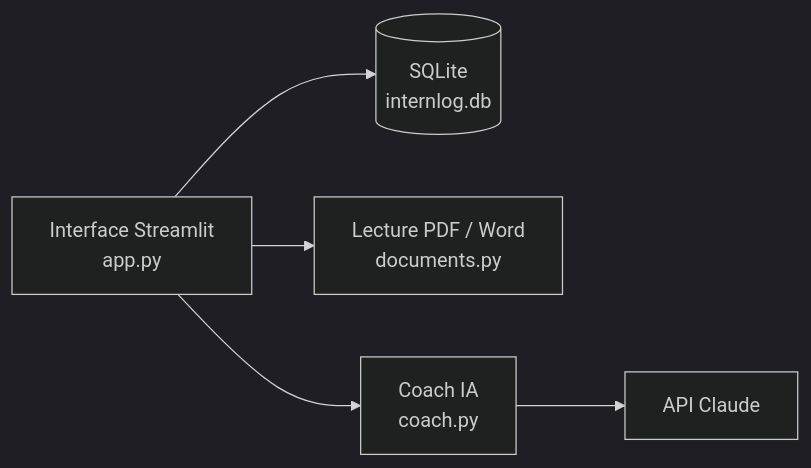
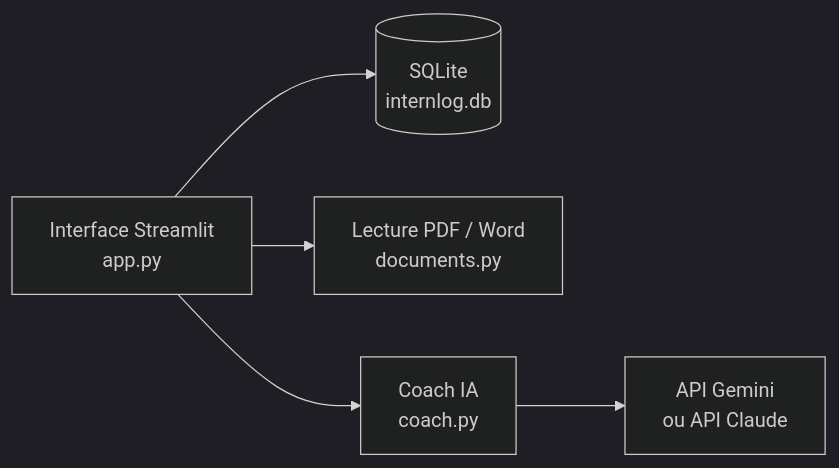
Before and after one commit to diankha447/internlog: the third of 3 diagrams in docs/conception.md, drawn with Mermaid (dark theme). The commit also changed other lines of this file and 4 other files, not shown here.

First line of the commit message:
Coach IA sur Google Gemini (gratuit) par défaut

````diff
--- a/docs/conception.md
+++ b/docs/conception.md
@@ -128,7 +128,7 @@
 ```mermaid
 flowchart LR
     UI[Interface Streamlit<br/>app.py] --> DB[(SQLite<br/>internlog.db)]
     UI --> DOC[Lecture PDF / Word<br/>documents.py]
     UI --> COACH[Coach IA<br/>coach.py]
-    COACH --> API[API Claude]
+    COACH --> API[API Gemini<br/>ou API Claude]
 ```
````
